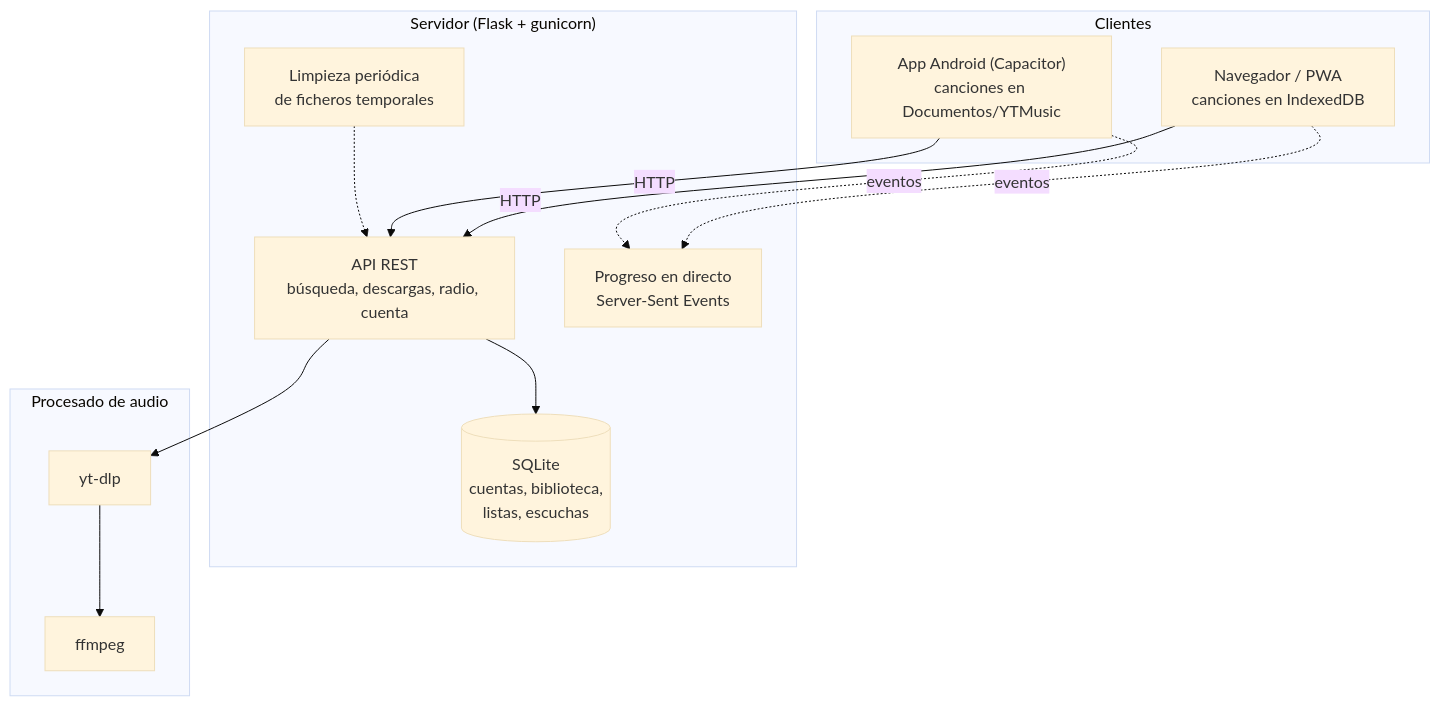
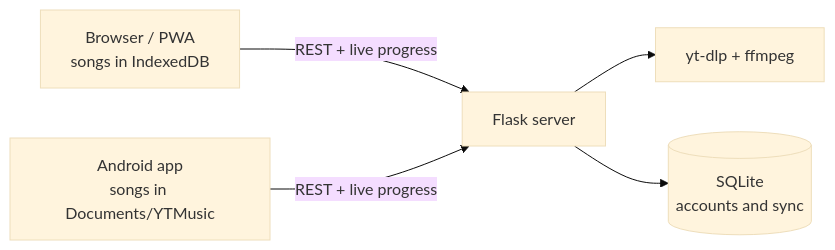
Before and after one commit to Ten1O0/YouTube-Music-Downloader: the diagram in README.md, drawn with Mermaid (base theme). The commit also changed other lines of this file, not shown here.

````diff
--- a/README.md
+++ b/README.md
@@ -112,28 +132,7 @@
 ```mermaid
-graph TD
-    subgraph Clientes
-        WEB["Navegador / PWA<br/>canciones en IndexedDB"]
-        APK["App Android (Capacitor)<br/>canciones en Documentos/YTMusic"]
-    end
-
-    subgraph Servidor ["Servidor (Flask + gunicorn)"]
-        API["API REST<br/>búsqueda, descargas, radio, cuenta"]
-        SSE["Progreso en directo<br/>Server-Sent Events"]
-        LIMPIEZA["Limpieza periódica<br/>de ficheros temporales"]
-        DB[("SQLite<br/>cuentas, biblioteca,<br/>listas, escuchas")]
-    end
-
-    subgraph Audio ["Procesado de audio"]
-        YTDLP["yt-dlp"]
-        FFMPEG["ffmpeg"]
-    end
-
-    WEB -->|HTTP| API
-    APK -->|HTTP| API
-    WEB -.->|eventos| SSE
-    APK -.->|eventos| SSE
-    API --> DB
-    API --> YTDLP
-    YTDLP --> FFMPEG
-    LIMPIEZA -.-> API
+graph LR
+    WEB["Browser / PWA<br/>songs in IndexedDB"] -->|REST + live progress| API
+    APK["Android app<br/>songs in Documents/YTMusic"] -->|REST + live progress| API
+    API["Flask server"] --> YTDLP["yt-dlp + ffmpeg"]
+    API --> DB[("SQLite<br/>accounts and sync")]
 ```
````
